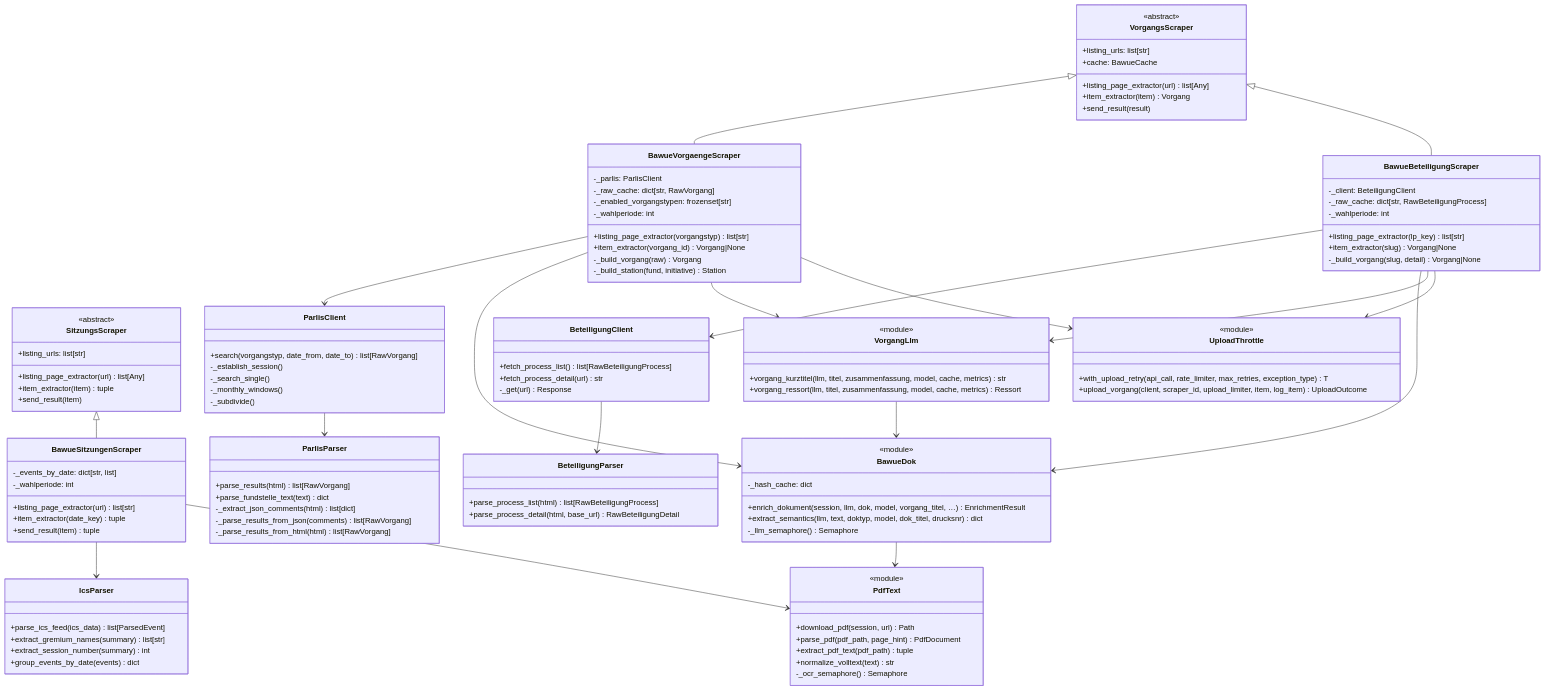
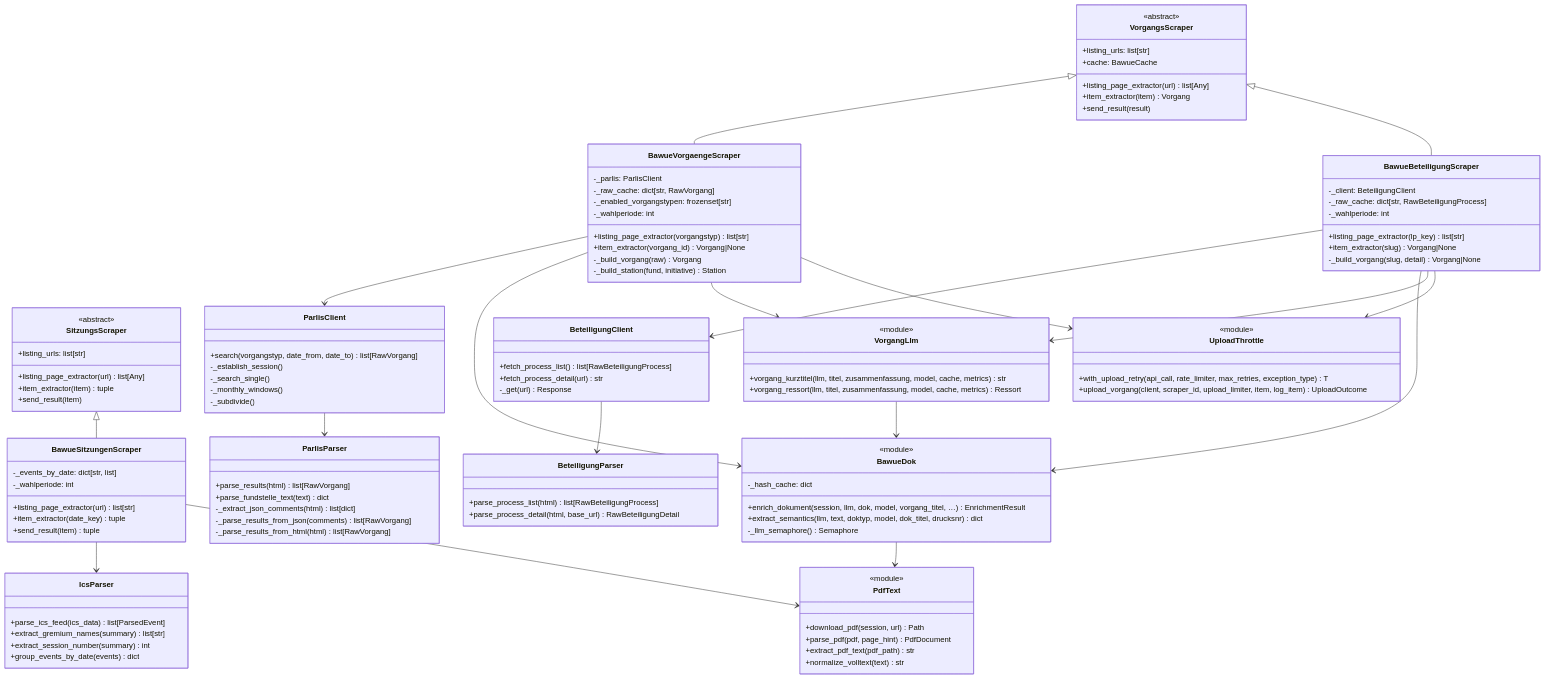
The third of 4 diagrams in docs/architecture.md (Parlamentszusammenfasser/pazufa-scraper-bw), drawn with Mermaid before and after one commit. The commit also changed other lines of this file and 16 other files, not shown here.

```diff
--- a/docs/architecture.md
+++ b/docs/architecture.md
@@ -241,10 +241,9 @@
     class PdfText {
         <<module>>
         +download_pdf(session, url) Path
-        +parse_pdf(pdf_path, page_hint) PdfDocument
-        +extract_pdf_text(pdf_path) tuple
+        +parse_pdf(pdf, page_hint) PdfDocument
+        +extract_pdf_text(pdf_path) str
         +normalize_volltext(text) str
-        -_ocr_semaphore() Semaphore
     }
 
     class VorgangLlm {
```
